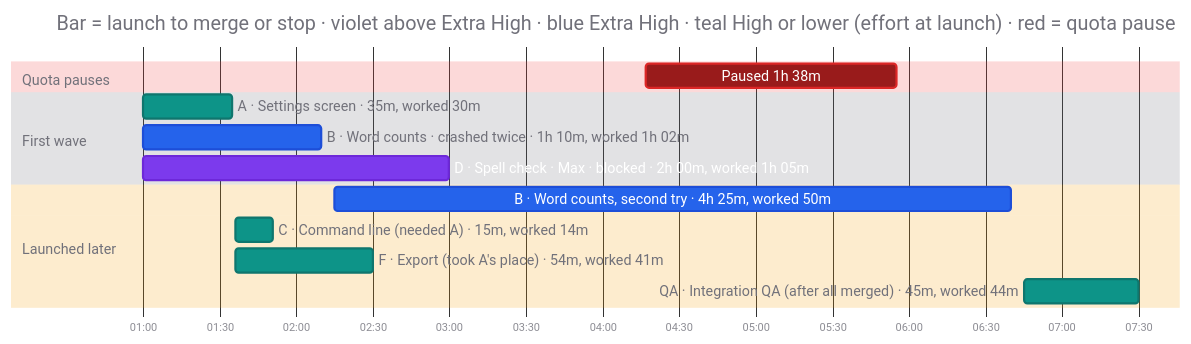
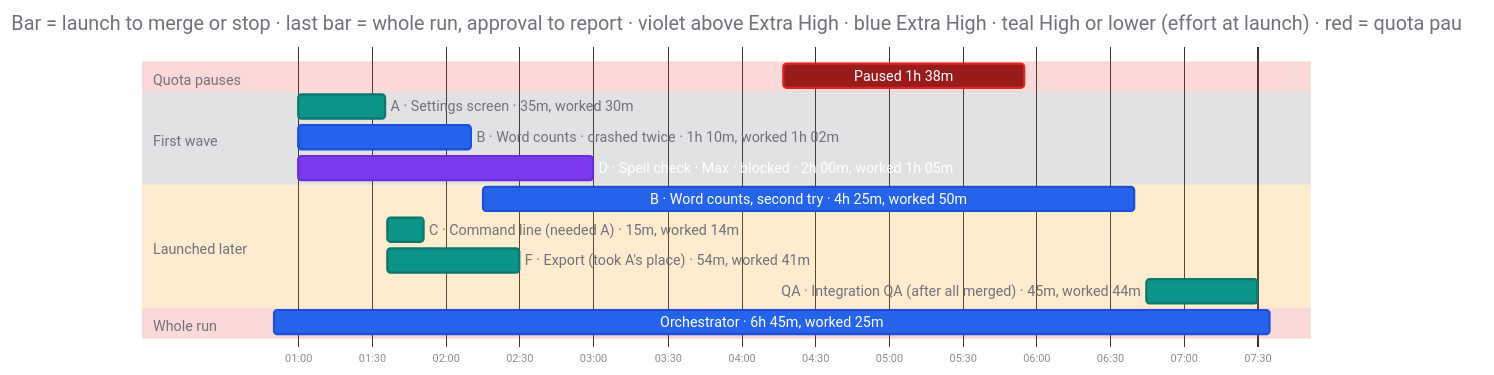
The second of 2 diagrams in skills/long-horizon-orchestrator/references/final-report.md (kristianbonnici/agent-skills), drawn with Mermaid before and after one commit. The commit also changed other lines of this file and 4 other files, not shown here.

First line of the commit message:
feat(skills): report the orchestrator's whole run and keep its thread pinned

````diff
--- a/skills/long-horizon-orchestrator/references/final-report.md
+++ b/skills/long-horizon-orchestrator/references/final-report.md
@@ -169,27 +173,29 @@
 ```mermaid
 %%{init: {"theme": "base", "themeCSS": ".grid .tick line { stroke-opacity: 0.25; }", "fontFamily": "Helvetica Neue, Helvetica, Arial, sans-serif", "themeVariables": {
   "titleColor": "#71717a", "textColor": "#71717a",
   "sectionBkgColor": "#ef4444", "altSectionBkgColor": "#71717a", "sectionBkgColor2": "#f59e0b",
   "gridColor": "#808080",
   "taskBkgColor": "#2563eb", "taskBorderColor": "#1d4ed8", "taskTextColor": "#ffffff", "taskTextLightColor": "#ffffff", "taskTextDarkColor": "#ffffff", "taskTextOutsideColor": "#71717a",
   "activeTaskBkgColor": "#7c3aed", "activeTaskBorderColor": "#6d28d9",
   "doneTaskBkgColor": "#0d9488", "doneTaskBorderColor": "#0f766e",
   "critBkgColor": "#991b1b", "critBorderColor": "#dc2626"
 }, "gantt": {"barHeight": 22, "barGap": 6, "topPadding": 56, "leftPadding": 120, "fontSize": 13, "sectionFontSize": 13, "numberSectionStyles": 3}}}%%
 gantt
   todayMarker off
-  title Bar = launch to merge or stop · violet above Extra High · blue Extra High · teal High or lower (effort at launch) · red = quota pause
+  title Bar = launch to merge or stop · last bar = whole run, approval to report · violet above Extra High · blue Extra High · teal High or lower (effort at launch) · red = quota pause
   dateFormat HH:mm
   axisFormat %H:%M
   section Quota pauses
     Paused 1h 38m                                  :crit, p1, 04:17, 05:55
   section First wave
     A · Settings screen · 35m, worked 30m          :done, a, 01:00, 01:35
     B · Word counts · crashed twice · 1h 10m, worked 1h 02m :b1, 01:00, 02:10
     D · Spell check · Max · blocked · 2h 00m, worked 1h 05m :active, d, 01:00, 03:00
   section Launched later
     B · Word counts, second try · 4h 25m, worked 50m :b2, 02:15, 06:40
     C · Command line (needed A) · 15m, worked 14m  :done, c, 01:36, 01:51
     F · Export (took A's place) · 54m, worked 41m  :done, f, 01:36, 02:30
     QA · Integration QA (after all merged) · 45m, worked 44m :done, qa, 06:45, 07:30
+  section Whole run
+    Orchestrator · 6h 45m, worked 25m              :whole_run, 00:50, 07:35
 ```
````
